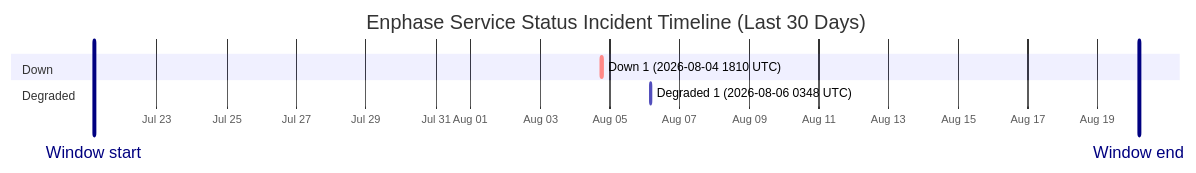
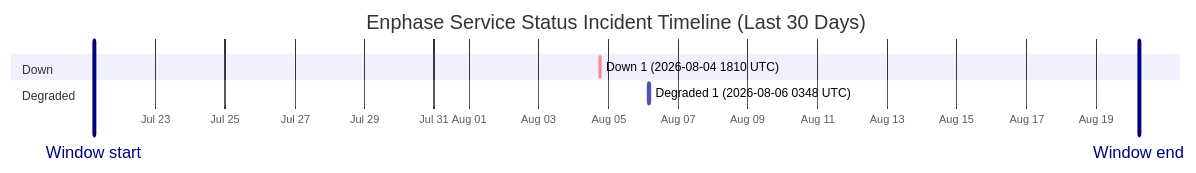
The diagram in wiki/Service-Status-History.md (barneyonline/ha-enphase-energy), drawn with Mermaid before and after one commit. The commit also changed other lines of this file and 3 other files, not shown here.

````diff
--- a/wiki/Service-Status-History.md
+++ b/wiki/Service-Status-History.md
@@ -14,12 +14,12 @@
 ```mermaid
 gantt
     title Enphase Service Status Incident Timeline (Last 30 Days)
     dateFormat  YYYY-MM-DDTHH:mm:ss
     axisFormat  %b %d
-    Window start :vert, window-start, 2026-07-21T04:34:45, 0ms
-    Window end :vert, window-end, 2026-08-20T04:34:45, 0ms
+    Window start :vert, window-start, 2026-07-21T05:28:20, 0ms
+    Window end :vert, window-end, 2026-08-20T05:28:20, 0ms
     section Down
     Down 1 (2026-08-04 1810 UTC) :crit, down-1, 2026-08-04T18:10:46, 60m
     section Degraded
     Degraded 1 (2026-08-06 0348 UTC) :active, degraded-1, 2026-08-06T03:48:14, 60m
 ```
````
